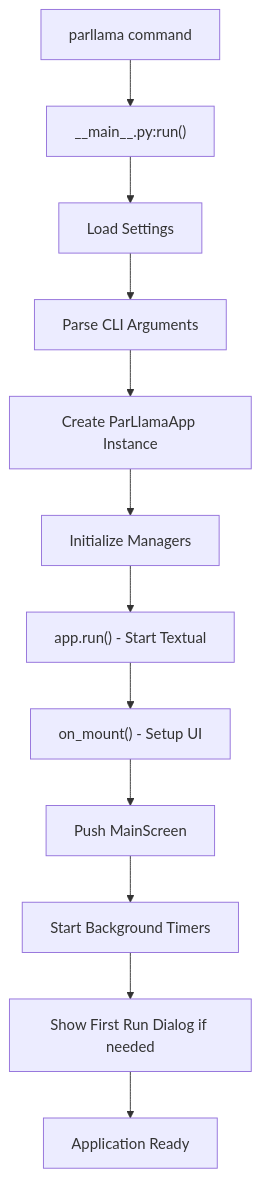
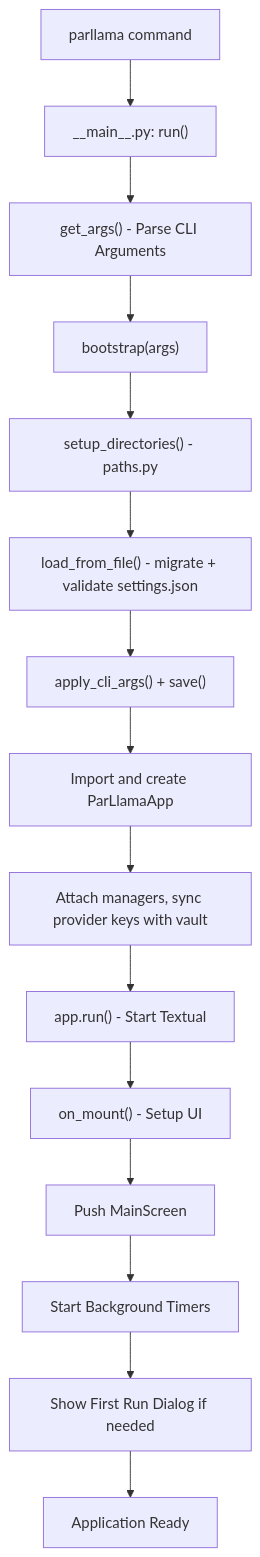
The first of 15 diagrams in project_design.md (paulrobello/parllama), drawn with Mermaid before and after one commit. The commit also changed other lines of this file, not shown here.

First line of the commit message:
docs(design): refresh architecture doc for current settings, chat, and attachment code

````diff
--- a/project_design.md
+++ b/project_design.md
@@ -65,14 +67,17 @@
 ```mermaid
 flowchart TD
-    A[parllama command] --> B["__main__.py:run()"]
-    B --> C[Load Settings]
-    C --> D[Parse CLI Arguments]
-    D --> E[Create ParLlamaApp Instance]
-    E --> F[Initialize Managers]
+    A[parllama command] --> B["__main__.py: run()"]
+    B --> C["get_args() - Parse CLI Arguments"]
+    C --> D["bootstrap(args)"]
+    D --> D1["setup_directories() - paths.py"]
+    D1 --> D2["load_from_file() - migrate + validate settings.json"]
+    D2 --> D3["apply_cli_args() + save()"]
+    D3 --> E[Import and create ParLlamaApp]
+    E --> F[Attach managers, sync provider keys with vault]
     F --> G["app.run() - Start Textual"]
     G --> H["on_mount() - Setup UI"]
     H --> I[Push MainScreen]
     I --> J[Start Background Timers]
     J --> K[Show First Run Dialog if needed]
     K --> L[Application Ready]
 ```
````
